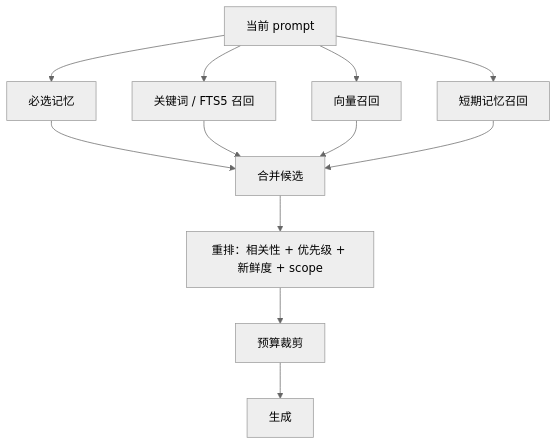
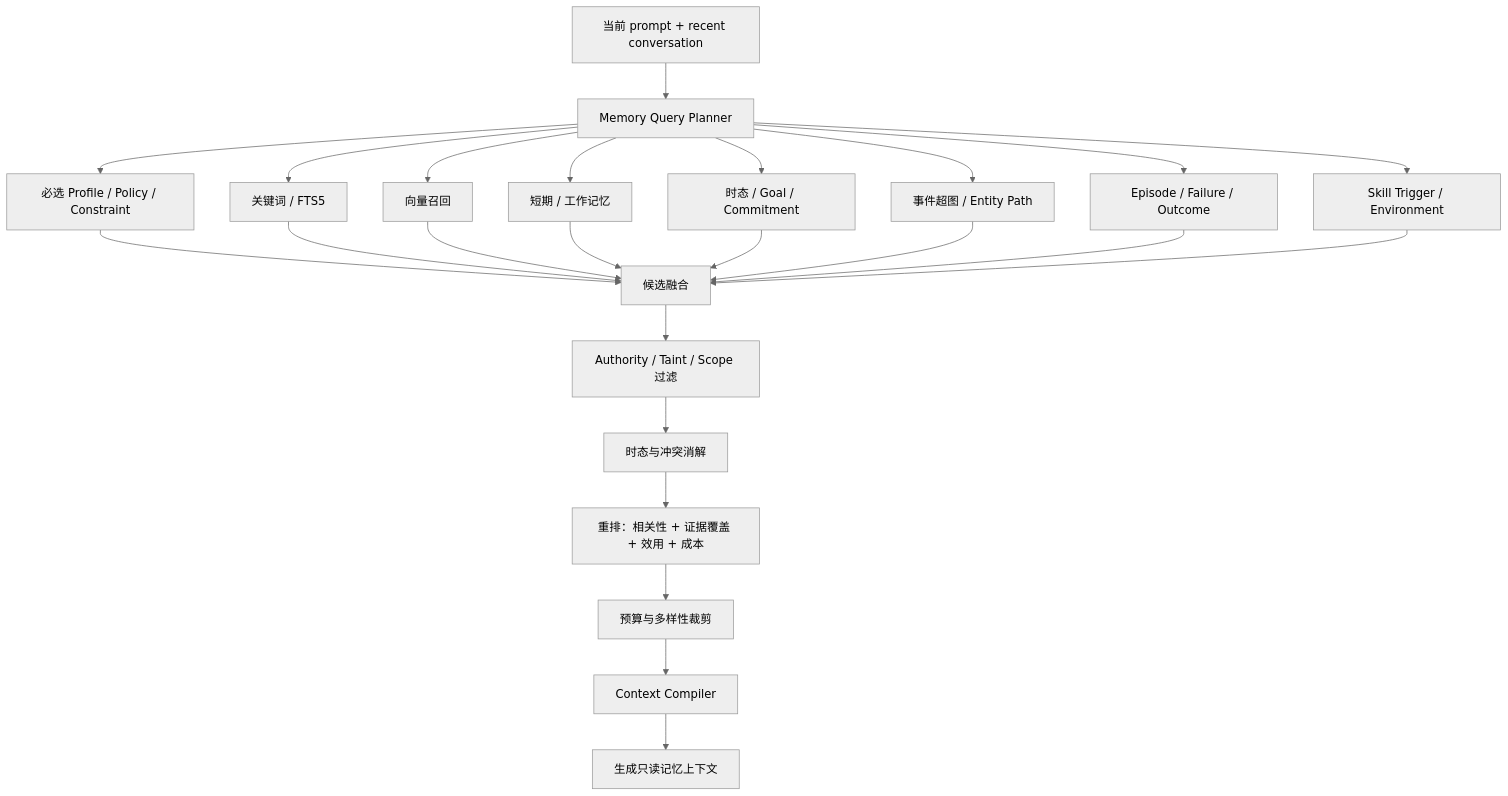
The fifth of 6 diagrams in docs/memory-system-spec.md (linlangli/AxiomRuntime), drawn with Mermaid (neutral theme) before and after one commit. The commit also changed other lines of this file, not shown here.

````diff
--- a/docs/memory-system-spec.md
+++ b/docs/memory-system-spec.md
@@ -1013,16 +1287,26 @@
 ```mermaid
 flowchart TD
-  Prompt["当前 prompt"] --> Required["必选记忆"]
-  Prompt --> Keyword["关键词 / FTS5 召回"]
-  Prompt --> Vector["向量召回"]
-  Prompt --> Recent["短期记忆召回"]
-
-  Required --> Merge["合并候选"]
+  Prompt["当前 prompt + recent conversation"] --> Planner["Memory Query Planner"]
+  Planner --> Required["必选 Profile / Policy / Constraint"]
+  Planner --> Keyword["关键词 / FTS5"]
+  Planner --> Vector["向量召回"]
+  Planner --> Recent["短期 / 工作记忆"]
+  Planner --> Temporal["时态 / Goal / Commitment"]
+  Planner --> Graph["事件超图 / Entity Path"]
+  Planner --> Episode["Episode / Failure / Outcome"]
+  Planner --> Skill["Skill Trigger / Environment"]
+  Required --> Merge["候选融合"]
   Keyword --> Merge
   Vector --> Merge
   Recent --> Merge
-
-  Merge --> Rank["重排：相关性 + 优先级 + 新鲜度 + scope"]
-  Rank --> Budget["预算裁剪"]
-  Budget --> Inject["生成 <user_memory>"]
+  Temporal --> Merge
+  Graph --> Merge
+  Episode --> Merge
+  Skill --> Merge
+  Merge --> Authority["Authority / Taint / Scope 过滤"]
+  Authority --> Conflict["时态与冲突消解"]
+  Conflict --> Rank["重排：相关性 + 证据覆盖 + 效用 + 成本"]
+  Rank --> Budget["预算与多样性裁剪"]
+  Budget --> Compile["Context Compiler"]
+  Compile --> Inject["生成只读记忆上下文"]
 ```
````
